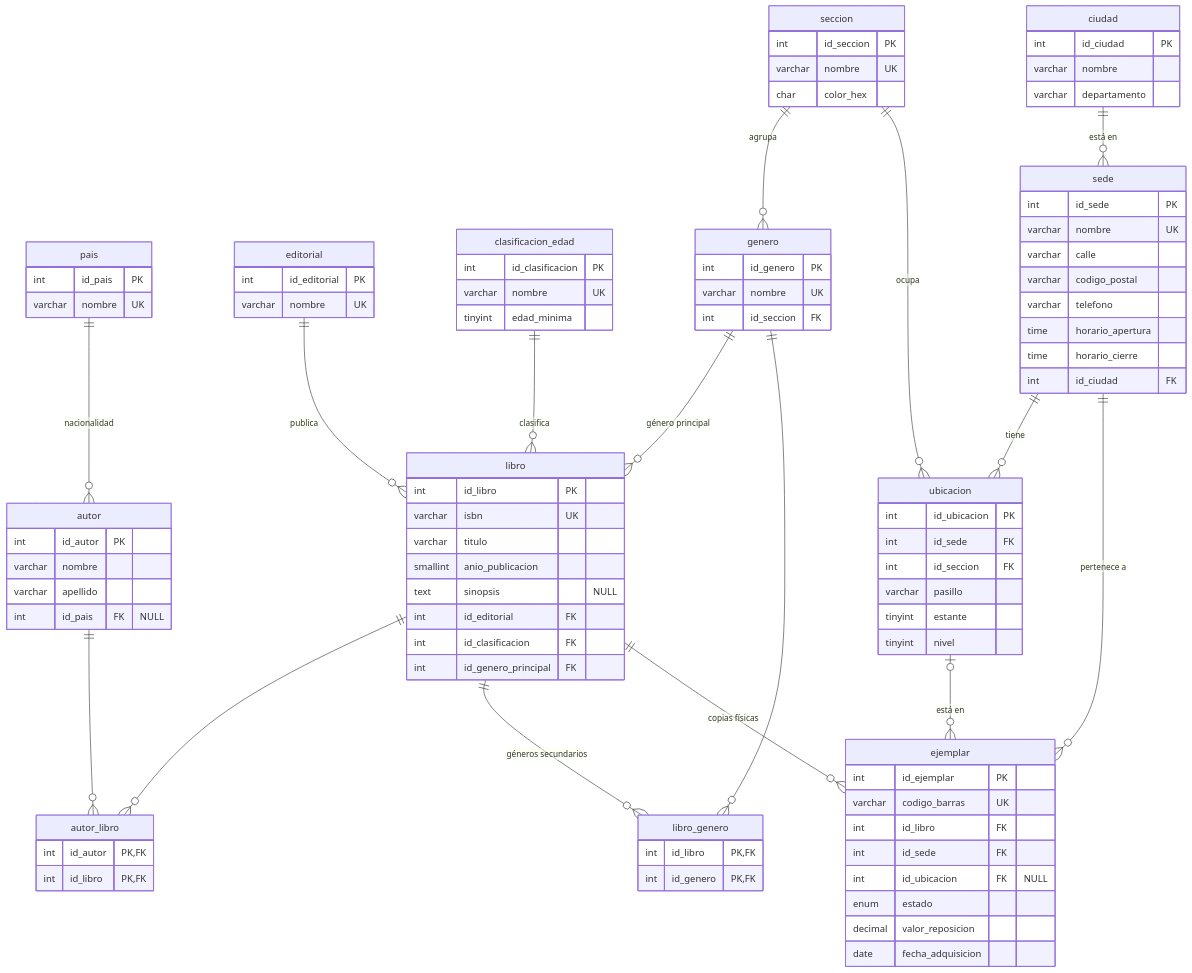
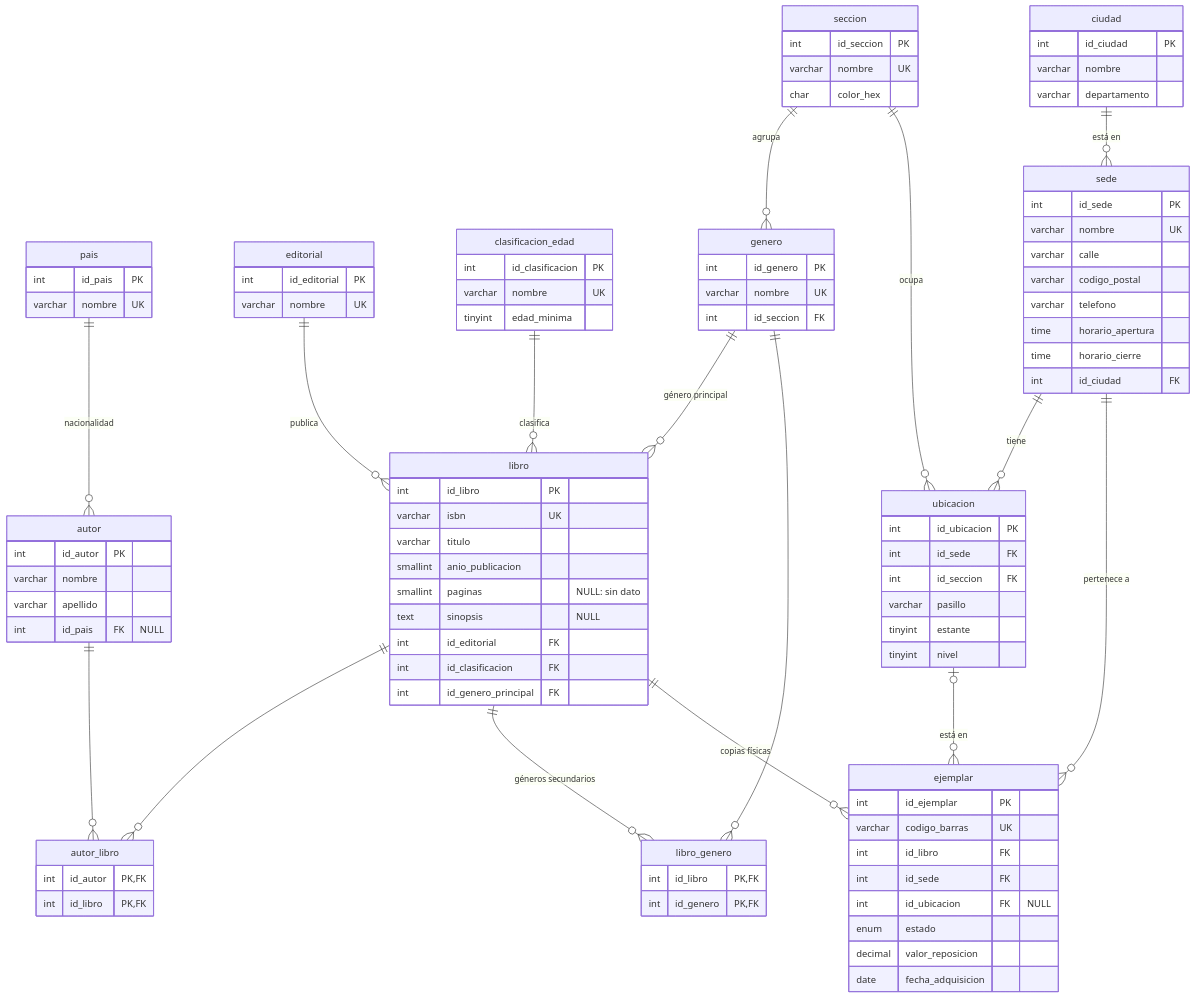
Before and after one commit to Parzivalml-35/bibliotecaNext: the first of 6 diagrams in docs/modelo-datos.md, drawn with Mermaid. The commit also changed other lines of this file and 6 other files, not shown here.

```diff
--- a/docs/modelo-datos.md
+++ b/docs/modelo-datos.md
@@ -62,6 +62,7 @@
         varchar isbn UK
         varchar titulo
         smallint anio_publicacion
+        smallint paginas "NULL: sin dato"
         text sinopsis "NULL"
         int id_editorial FK
         int id_clasificacion FK
```
